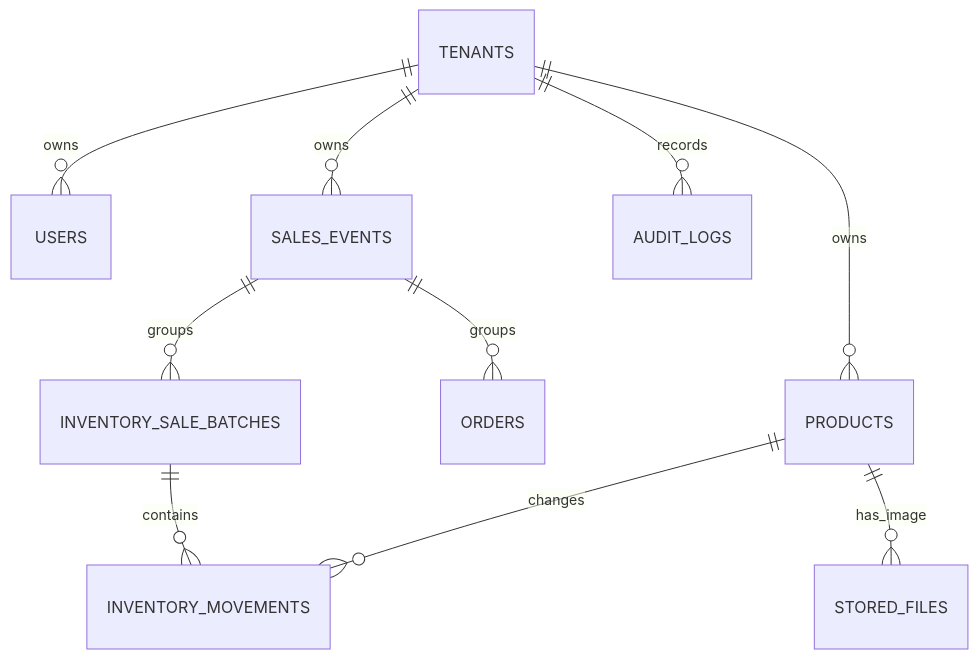
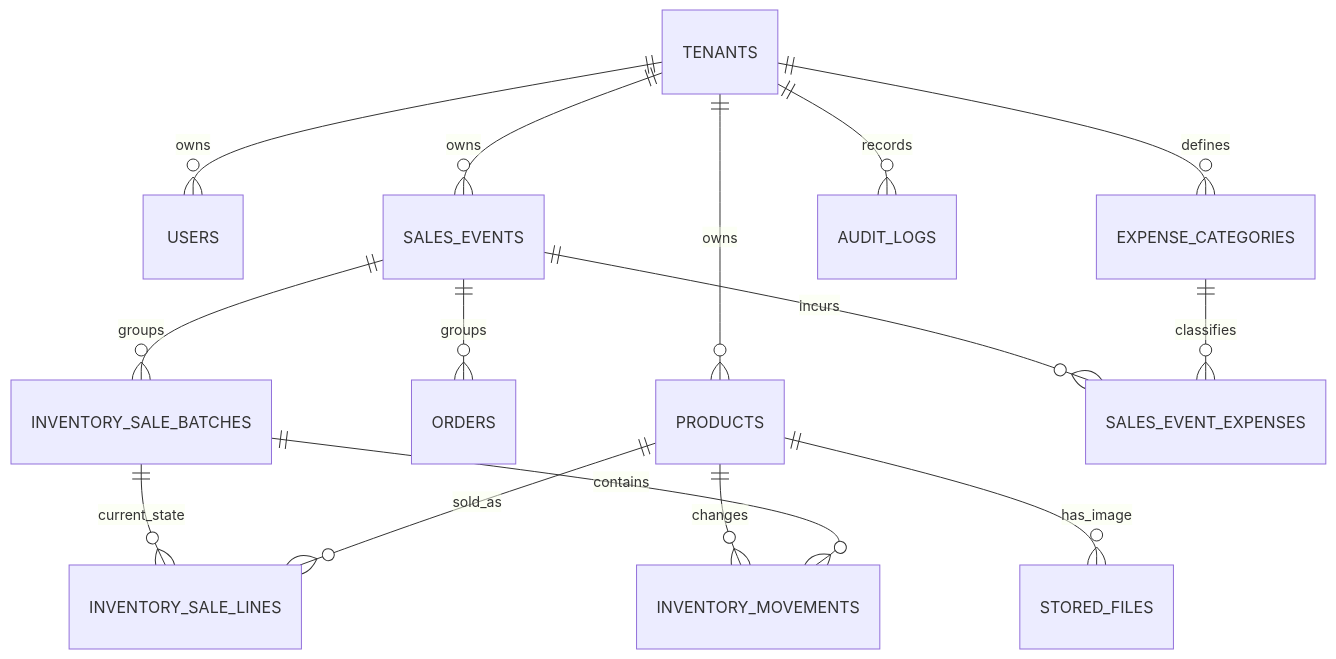
The diagram in docs/database-schema.md (SleeeeepKing/inventory-art), drawn with Mermaid before and after one commit. The commit also changed other lines of this file and 20 other files, not shown here.

Commit message:
Add sale images expenses and reporting UI

````diff
--- a/docs/database-schema.md
+++ b/docs/database-schema.md
@@ -7,12 +7,17 @@
 ```mermaid
 erDiagram
     TENANTS ||--o{ USERS : owns
     TENANTS ||--o{ PRODUCTS : owns
     TENANTS ||--o{ SALES_EVENTS : owns
     SALES_EVENTS ||--o{ ORDERS : groups
     SALES_EVENTS ||--o{ INVENTORY_SALE_BATCHES : groups
+    INVENTORY_SALE_BATCHES ||--o{ INVENTORY_SALE_LINES : current_state
+    PRODUCTS ||--o{ INVENTORY_SALE_LINES : sold_as
     PRODUCTS ||--o{ INVENTORY_MOVEMENTS : changes
     INVENTORY_SALE_BATCHES ||--o{ INVENTORY_MOVEMENTS : contains
+    TENANTS ||--o{ EXPENSE_CATEGORIES : defines
+    SALES_EVENTS ||--o{ SALES_EVENT_EXPENSES : incurs
+    EXPENSE_CATEGORIES ||--o{ SALES_EVENT_EXPENSES : classifies
     PRODUCTS ||--o{ STORED_FILES : has_image
     TENANTS ||--o{ AUDIT_LOGS : records
 ```
````
